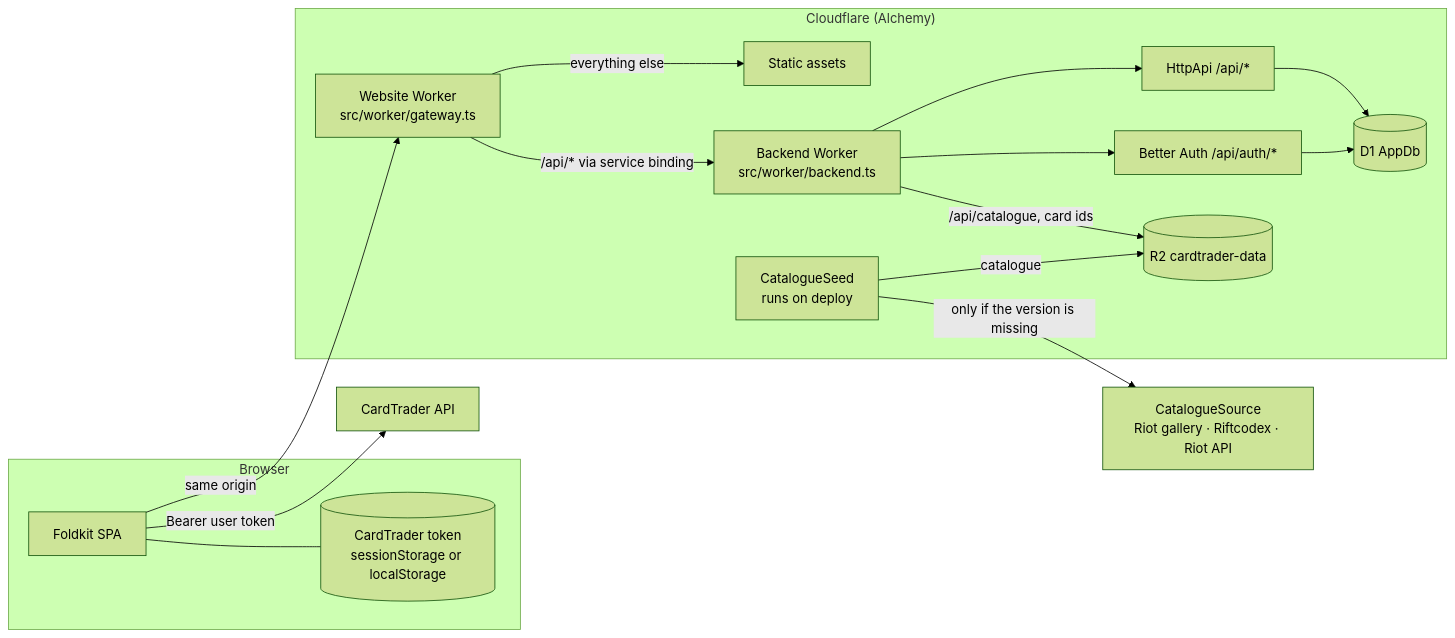
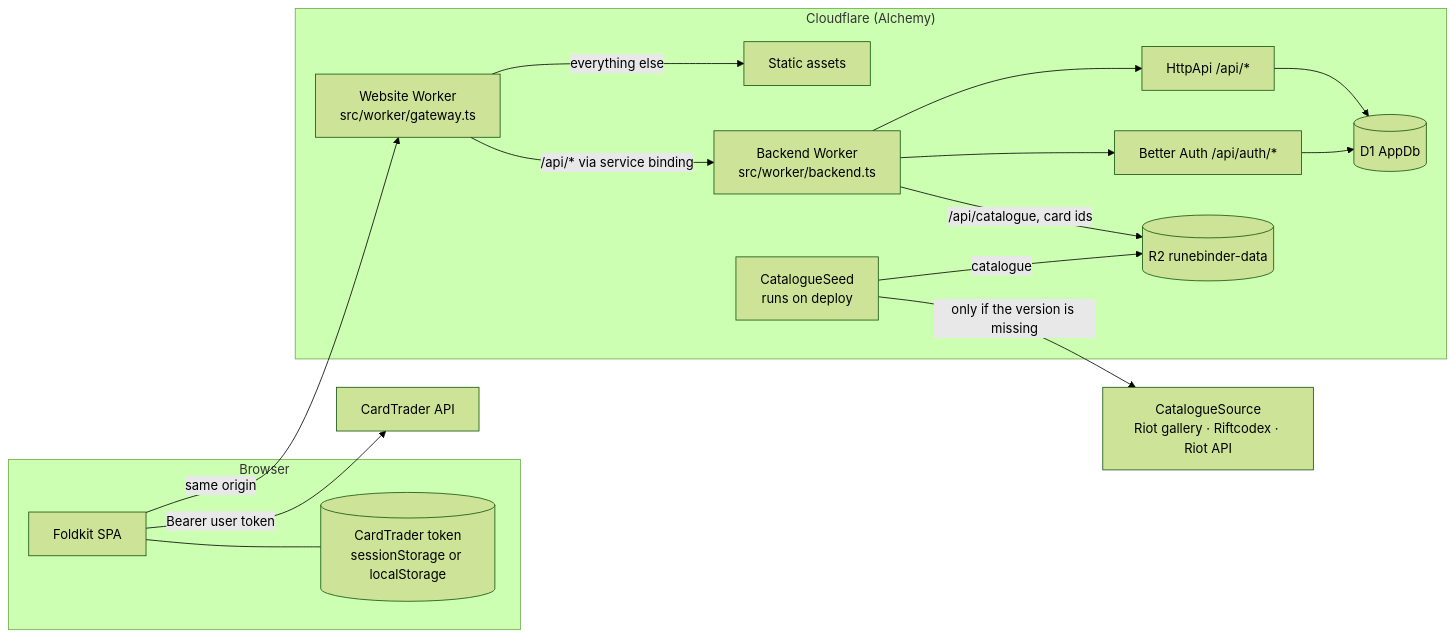
The diagram in docs/02-system-design.md (NichAnti/runebinder), drawn with Mermaid (forest theme) before and after one commit. The commit also changed other lines of this file and 28 other files, not shown here.

````diff
--- a/docs/02-system-design.md
+++ b/docs/02-system-design.md
@@ -3,34 +3,34 @@
 ```mermaid
 flowchart LR
   subgraph Browser
     SPA[Foldkit SPA]
     Token[(CardTrader token<br>sessionStorage or localStorage)]
   end
 
   subgraph Cloudflare["Cloudflare (Alchemy)"]
     Gateway[Website Worker<br>src/worker/gateway.ts]
     Assets[Static assets]
     Backend[Backend Worker<br>src/worker/backend.ts]
     Auth[Better Auth /api/auth/*]
     Api[HttpApi /api/*]
     Seed[CatalogueSeed<br>runs on deploy]
-    Bucket[(R2 cardtrader-data)]
+    Bucket[(R2 runebinder-data)]
     DB[(D1 AppDb)]
   end
 
   Source[CatalogueSource<br>Riot gallery · Riftcodex · Riot API]
   CardTrader[CardTrader API]
 
   SPA -->|same origin| Gateway
   Gateway -->|everything else| Assets
   Gateway -->|/api/* via service binding| Backend
   Backend --> Auth
   Backend --> Api
   Auth --> DB
   Api --> DB
   Seed -->|only if the version is missing| Source
   Seed -->|catalogue| Bucket
   Backend -->|/api/catalogue, card ids| Bucket
   SPA -->|Bearer user token| CardTrader
   SPA --- Token
 ```
````
